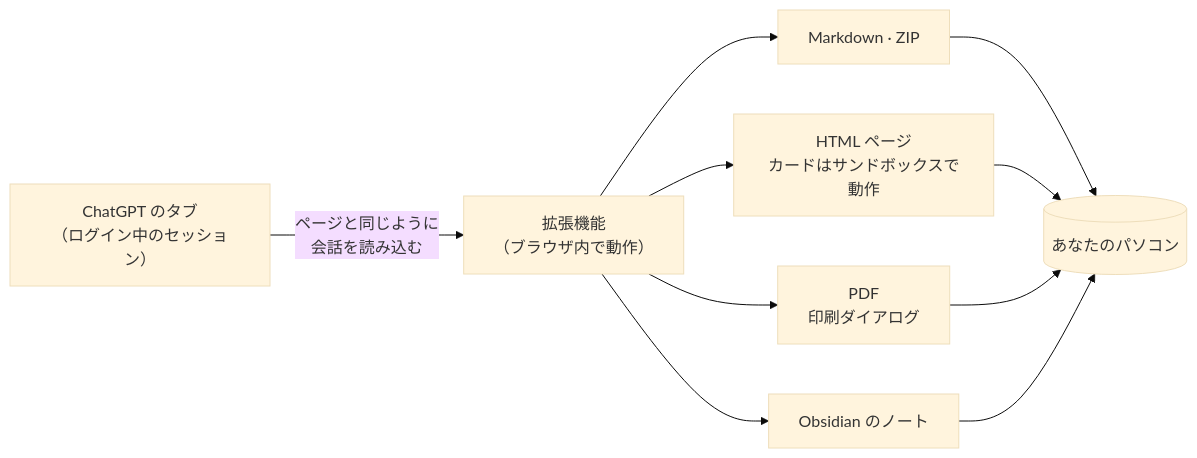
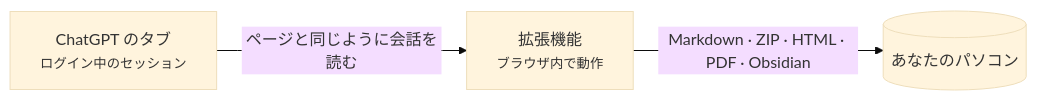
One commit to letheli710/chat-intelligent-ui-exporter changed the diagram in docs/readme/README.ja.md. Above: the diagram before and after it, drawn with Mermaid (base theme). The commit also changed 15 other files, not shown here.

First line of the commit message:
0.11.41: the how-it-works diagram as one row, so GitHub shows it whole

````diff
--- a/docs/readme/README.ja.md
+++ b/docs/readme/README.ja.md
@@ -126,9 +126,5 @@
 ```mermaid
 flowchart LR
-    A["ChatGPT のタブ<br/>（ログイン中のセッション）"] -->|ページと同じように<br/>会話を読み込む| B["拡張機能<br/>（ブラウザ内で動作）"]
-    B --> C["Markdown · ZIP"]
-    B --> D["HTML ページ<br/>カードはサンドボックスで動作"]
-    B --> E["PDF<br/>印刷ダイアログ"]
-    B --> F["Obsidian のノート"]
-    C & D & E & F --> G[("あなたのパソコン")]
+    A["ChatGPT のタブ<br/><small>ログイン中のセッション</small>"] -->|ページと同じように会話を読む| B["拡張機能<br/><small>ブラウザ内で動作</small>"]
+    B -->|"Markdown · ZIP · HTML · PDF · Obsidian"| C[("あなたのパソコン")]
 ```
````
